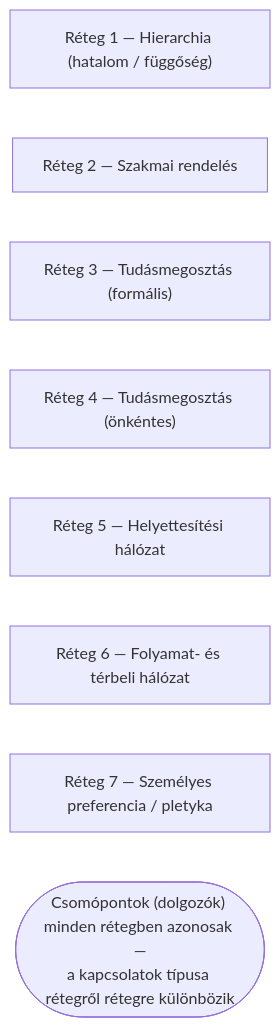
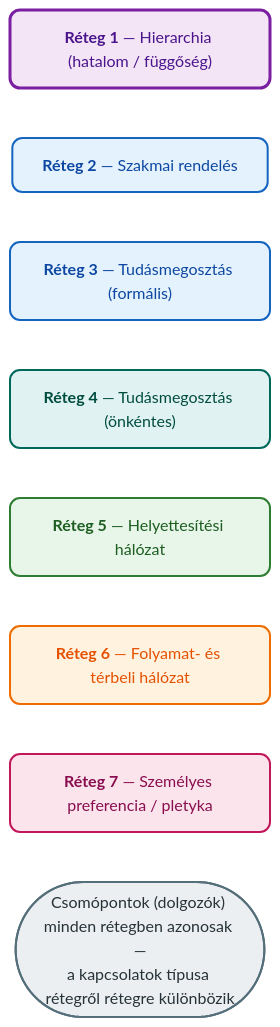
One commit to denespocsik/MM_BSC_Zarovizsga changed the first of 3 diagrams in Tételek/V16-GMXVU2MBLF-Vállalat komplex hálózati modellje.tétel.md. Above: the diagram before and after it, drawn with Mermaid. The commit also changed other lines of this file and 34 other files, not shown here.

First line of the commit message:
style(tételek): egységes vizuális arculat a Mermaid-diagramokhoz

````diff
--- a/Tételek/V16-GMXVU2MBLF-Vállalat komplex hálózati modellje.tétel.md
+++ b/Tételek/V16-GMXVU2MBLF-Vállalat komplex hálózati modellje.tétel.md
@@ -13,13 +13,21 @@
 ```mermaid
 flowchart TB
-    L1["Réteg 1 — Hierarchia (hatalom / függőség)"]
-    L2["Réteg 2 — Szakmai rendelés"]
-    L3["Réteg 3 — Tudásmegosztás (formális)"]
-    L4["Réteg 4 — Tudásmegosztás (önkéntes)"]
-    L5["Réteg 5 — Helyettesítési hálózat"]
-    L6["Réteg 6 — Folyamat- és térbeli hálózat"]
-    L7["Réteg 7 — Személyes preferencia / pletyka"]
-    KEY(["Csomópontok (dolgozók) minden rétegben azonosak —\na kapcsolatok típusa rétegről rétegre különbözik"])
+    L1["<b>Réteg 1</b> — Hierarchia (hatalom / függőség)"]:::lilaH
+    L2["<b>Réteg 2</b> — Szakmai rendelés"]:::kek
+    L3["<b>Réteg 3</b> — Tudásmegosztás (formális)"]:::kek
+    L4["<b>Réteg 4</b> — Tudásmegosztás (önkéntes)"]:::turkiz
+    L5["<b>Réteg 5</b> — Helyettesítési hálózat"]:::zold
+    L6["<b>Réteg 6</b> — Folyamat- és térbeli hálózat"]:::narancs
+    L7["<b>Réteg 7</b> — Személyes preferencia / pletyka"]:::rozsa
+    KEY(["Csomópontok (dolgozók) minden rétegben azonosak —<br/>a kapcsolatok típusa rétegről rétegre különbözik"]):::szurke
 
     L1 ~~~ L2 ~~~ L3 ~~~ L4 ~~~ L5 ~~~ L6 ~~~ L7 ~~~ KEY
+
+    classDef kek     fill:#e3f2fd,stroke:#1565c0,stroke-width:2px,color:#0d47a1,rx:10,ry:10;
+    classDef zold    fill:#e8f5e9,stroke:#2e7d32,stroke-width:2px,color:#1b5e20,rx:10,ry:10;
+    classDef narancs fill:#fff3e0,stroke:#ef6c00,stroke-width:2px,color:#e65100,rx:10,ry:10;
+    classDef rozsa   fill:#fce4ec,stroke:#c2185b,stroke-width:2px,color:#880e4f,rx:10,ry:10;
+    classDef lilaH   fill:#f3e5f5,stroke:#7b1fa2,stroke-width:3px,color:#4a148c,rx:10,ry:10;
+    classDef turkiz  fill:#e0f2f1,stroke:#00695c,stroke-width:2px,color:#004d40,rx:10,ry:10;
+    classDef szurke  fill:#eceff1,stroke:#546e7a,stroke-width:2px,color:#263238,rx:10,ry:10;
 ```
````
